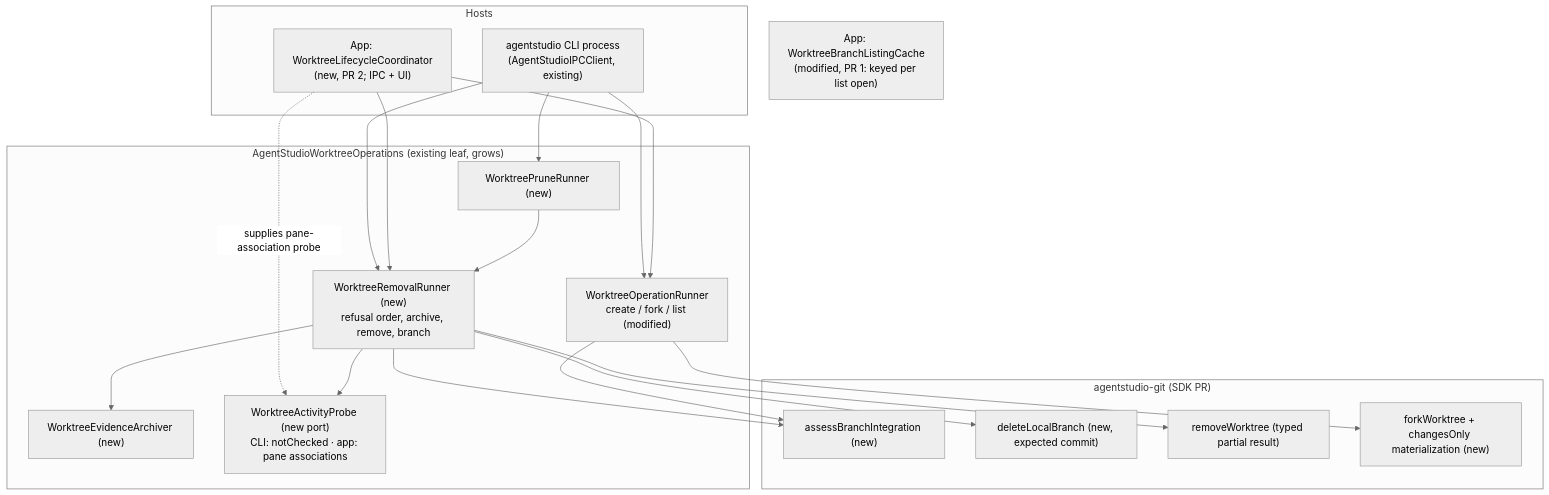
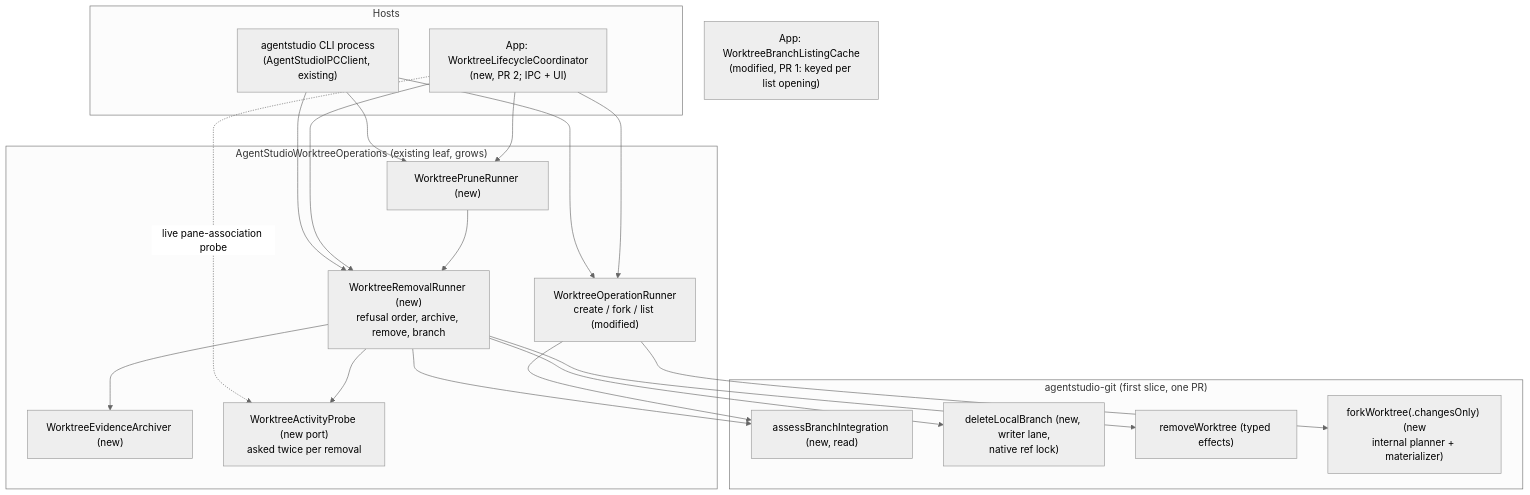
One commit to getagentstudio/agentstudio changed the first of 8 diagrams in docs/specs/2026-09-30-worktree-lifecycle/2026-09-30-worktree-lifecycle-program-design.md. Above: the diagram before and after it, drawn with Mermaid (neutral theme). The commit also changed other lines of this file and 2 other files, not shown here.

Commit message:
Correct the worktree lifecycle design after review round 1

````diff
--- a/docs/specs/2026-09-30-worktree-lifecycle/2026-09-30-worktree-lifecycle-program-design.md
+++ b/docs/specs/2026-09-30-worktree-lifecycle/2026-09-30-worktree-lifecycle-program-design.md
@@ -7,27 +16,27 @@
 ```mermaid
 flowchart TB
   subgraph Hosts
     CLI["agentstudio CLI process<br/>(AgentStudioIPCClient, existing)"]
     APPX["App: WorktreeLifecycleCoordinator<br/>(new, PR 2; IPC + UI)"]
   end
   subgraph Leaf["AgentStudioWorktreeOperations (existing leaf, grows)"]
     RUN["WorktreeOperationRunner<br/>create / fork / list (modified)"]
     REM["WorktreeRemovalRunner (new)<br/>refusal order, archive, remove, branch"]
     PRU["WorktreePruneRunner (new)"]
     ARC["WorktreeEvidenceArchiver (new)"]
-    ACT["WorktreeActivityProbe (new port)<br/>CLI: notChecked · app: pane associations"]
+    ACT["WorktreeActivityProbe (new port)<br/>asked twice per removal"]
   end
-  subgraph SDK["agentstudio-git (SDK PR)"]
-    INT["assessBranchIntegration (new)"]
-    DEL["deleteLocalBranch (new, expected commit)"]
-    RMV["removeWorktree (typed partial result)"]
-    FRK["forkWorktree + changesOnly materialization (new)"]
+  subgraph SDK["agentstudio-git (first slice, one PR)"]
+    INT["assessBranchIntegration (new, read)"]
+    DEL["deleteLocalBranch (new, writer lane,<br/>native ref lock)"]
+    RMV["removeWorktree (typed effects)"]
+    FRK["forkWorktree(.changesOnly) (new<br/>internal planner + materializer)"]
   end
   CLI --> RUN & REM & PRU
-  APPX --> RUN & REM
-  APPX -. "supplies pane-association probe" .-> ACT
+  APPX --> RUN & REM & PRU
+  APPX -. "live pane-association probe" .-> ACT
   REM --> ARC & ACT & INT & RMV & DEL
   PRU --> REM
   RUN --> INT & FRK
-  BL["App: WorktreeBranchListingCache<br/>(modified, PR 1: keyed per list open)"]
+  BL["App: WorktreeBranchListingCache<br/>(modified, PR 1: keyed per list opening)"]
 ```
````
